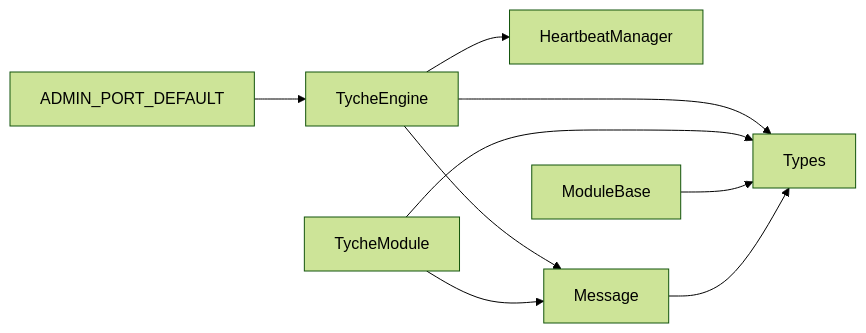
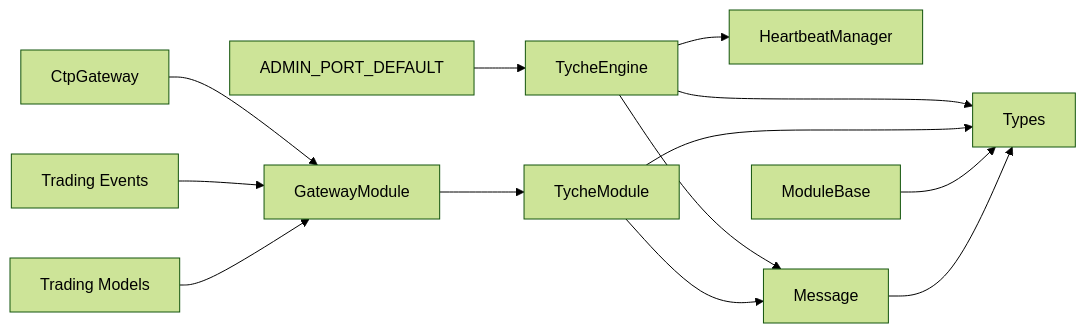
One commit to zt281/TycheEngine changed the ninth of 9 diagrams in .qoder/repowiki/en/content/Core Components/Core Components.md. Above: the diagram before and after it, drawn with Mermaid (forest theme). The commit also changed other lines of this file and 4 other files, not shown here.

````diff
--- a/.qoder/repowiki/en/content/Core Components/Core Components.md
+++ b/.qoder/repowiki/en/content/Core Components/Core Components.md
@@ -565,11 +828,15 @@
 ```mermaid
 graph LR
 Engine["TycheEngine"] --> HBMgr["HeartbeatManager"]
 Engine --> Msg["Message"]
 Engine --> Types["Types"]
 TycheMod["TycheModule"] --> Msg
 TycheMod --> Types
 ModBase["ModuleBase"] --> Types
+GatewayMod["GatewayModule"] --> TycheMod
+CtpGateway["CtpGateway"] --> GatewayMod
+TradingEvents["Trading Events"] --> GatewayMod
+TradingModels["Trading Models"] --> GatewayMod
 Msg --> Types
 AdminConst["ADMIN_PORT_DEFAULT"] --> Engine
 ```
````
